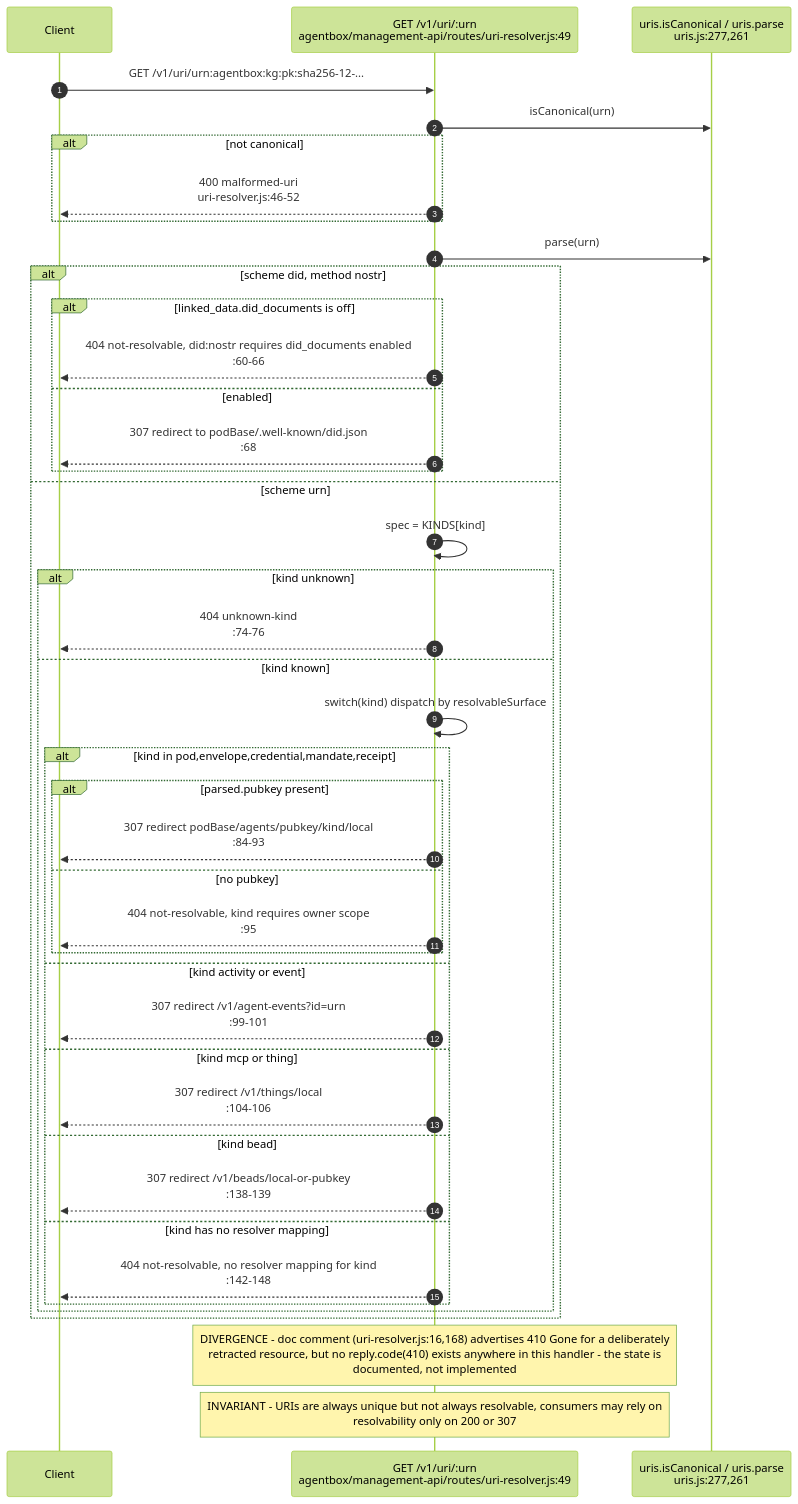
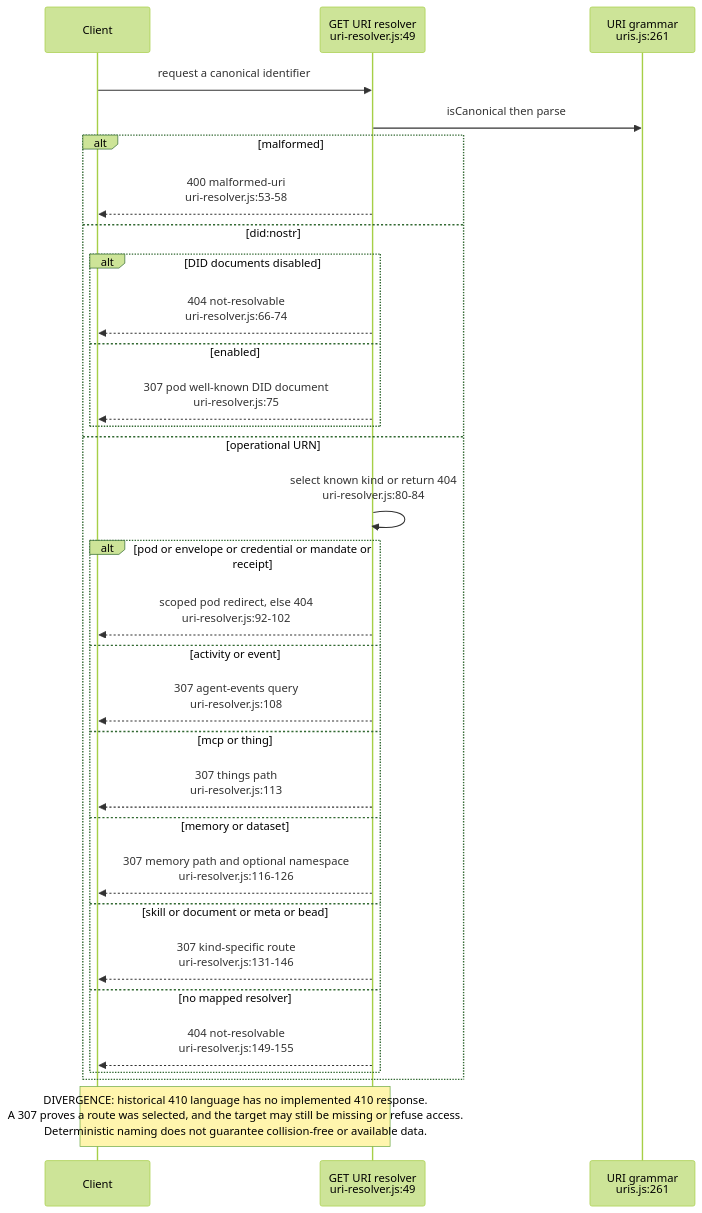
The eighth of 10 diagrams in docs/diagrams/estate/03-cross-repo-federation-contract.md (DreamLab-AI/VisionFlow), drawn with Mermaid (forest theme) before and after one commit. The commit also changed other lines of this file and 51 other files, not shown here.

First line of the commit message:
docs(diagrams): agentbox AB-01..13 re-attested anchor by anchor (980 anchors, 22 defects); checkpoint against an out-of-mesh writer

````diff
--- a/docs/diagrams/estate/03-cross-repo-federation-contract.md
+++ b/docs/diagrams/estate/03-cross-repo-federation-contract.md
@@ -324,44 +314,33 @@
 ```mermaid
 sequenceDiagram
-    autonumber
-    participant Cl as Client
-    participant R as GET /v1/uri/:urn<br/>agentbox/management-api/routes/uri-resolver.js:49
-    participant U as uris.isCanonical / uris.parse<br/>uris.js:277,261
-    Cl->>R: GET /v1/uri/urn:agentbox:kg:pk:sha256-12-...
-    R->>U: isCanonical(urn)
-    alt not canonical
-        R-->>Cl: 400 malformed-uri<br/>uri-resolver.js:46-52
-    end
-    R->>U: parse(urn)
-    alt scheme did, method nostr
-        alt linked_data.did_documents is off
-            R-->>Cl: 404 not-resolvable, did:nostr requires did_documents enabled<br/>:60-66
+    participant C as Client
+    participant R as GET URI resolver<br/>uri-resolver.js:49
+    participant U as URI grammar<br/>uris.js:261
+    C->>R: request a canonical identifier
+    R->>U: isCanonical then parse
+    alt malformed
+        R-->>C: 400 malformed-uri<br/>uri-resolver.js:53-58
+    else did:nostr
+        alt DID documents disabled
+            R-->>C: 404 not-resolvable<br/>uri-resolver.js:66-74
         else enabled
-            R-->>Cl: 307 redirect to podBase/.well-known/did.json<br/>:68
+            R-->>C: 307 pod well-known DID document<br/>uri-resolver.js:75
         end
-    else scheme urn
-        R->>R: spec = KINDS[kind]
-        alt kind unknown
-            R-->>Cl: 404 unknown-kind<br/>:74-76
-        else kind known
-            R->>R: switch(kind) dispatch by resolvableSurface
-            alt kind in pod,envelope,credential,mandate,receipt
-                alt parsed.pubkey present
-                    R-->>Cl: 307 redirect podBase/agents/pubkey/kind/local<br/>:84-93
-                else no pubkey
-                    R-->>Cl: 404 not-resolvable, kind requires owner scope<br/>:95
-                end
-            else kind activity or event
-                R-->>Cl: 307 redirect /v1/agent-events?id=urn<br/>:99-101
-            else kind mcp or thing
-                R-->>Cl: 307 redirect /v1/things/local<br/>:104-106
-            else kind bead
-                R-->>Cl: 307 redirect /v1/beads/local-or-pubkey<br/>:138-139
-            else kind has no resolver mapping
-                R-->>Cl: 404 not-resolvable, no resolver mapping for kind<br/>:142-148
-            end
+    else operational URN
+        R->>R: select known kind or return 404<br/>uri-resolver.js:80-84
+        alt pod or envelope or credential or mandate or receipt
+            R-->>C: scoped pod redirect, else 404<br/>uri-resolver.js:92-102
+        else activity or event
+            R-->>C: 307 agent-events query<br/>uri-resolver.js:108
+        else mcp or thing
+            R-->>C: 307 things path<br/>uri-resolver.js:113
+        else memory or dataset
+            R-->>C: 307 memory path and optional namespace<br/>uri-resolver.js:116-126
+        else skill or document or meta or bead
+            R-->>C: 307 kind-specific route<br/>uri-resolver.js:131-146
+        else no mapped resolver
+            R-->>C: 404 not-resolvable<br/>uri-resolver.js:149-155
         end
     end
-    Note over R: DIVERGENCE - doc comment (uri-resolver.js:16,168) advertises 410 Gone for a deliberately<br/>retracted resource, but no reply.code(410) exists anywhere in this handler - the state is<br/>documented, not implemented
-    Note over R: INVARIANT - URIs are always unique but not always resolvable, consumers may rely on<br/>resolvability only on 200 or 307
+    Note over R,C: DIVERGENCE: historical 410 language has no implemented 410 response.<br/>A 307 proves a route was selected, and the target may still be missing or refuse access.<br/>Deterministic naming does not guarantee collision-free or available data.
 ```
````
